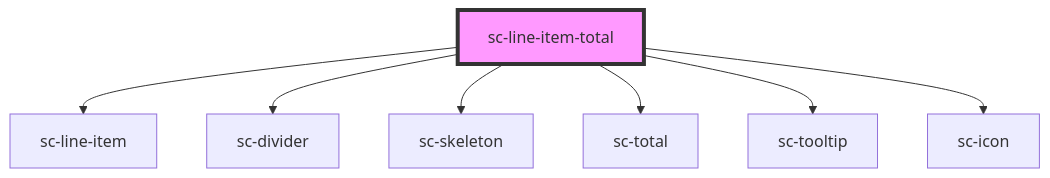
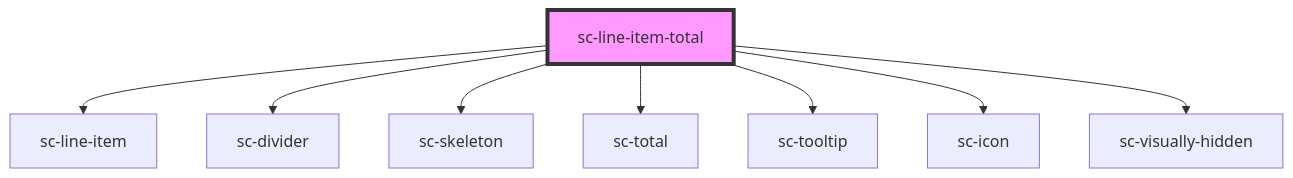
Before and after one commit to surecart/surecart-wp-plugin: the diagram in packages/components/src/components/controllers/checkout-form/line-item-total/readme.md, drawn with Mermaid. The commit also changed other lines of this file and 6 other files, not shown here.

````diff
--- a/packages/components/src/components/controllers/checkout-form/line-item-total/readme.md
+++ b/packages/components/src/components/controllers/checkout-form/line-item-total/readme.md
@@ -29,10 +30,11 @@
 ```mermaid
 graph TD;
   sc-line-item-total --> sc-line-item
   sc-line-item-total --> sc-divider
   sc-line-item-total --> sc-skeleton
   sc-line-item-total --> sc-total
   sc-line-item-total --> sc-tooltip
   sc-line-item-total --> sc-icon
+  sc-line-item-total --> sc-visually-hidden
   style sc-line-item-total fill:#f9f,stroke:#333,stroke-width:4px
 ```
````
